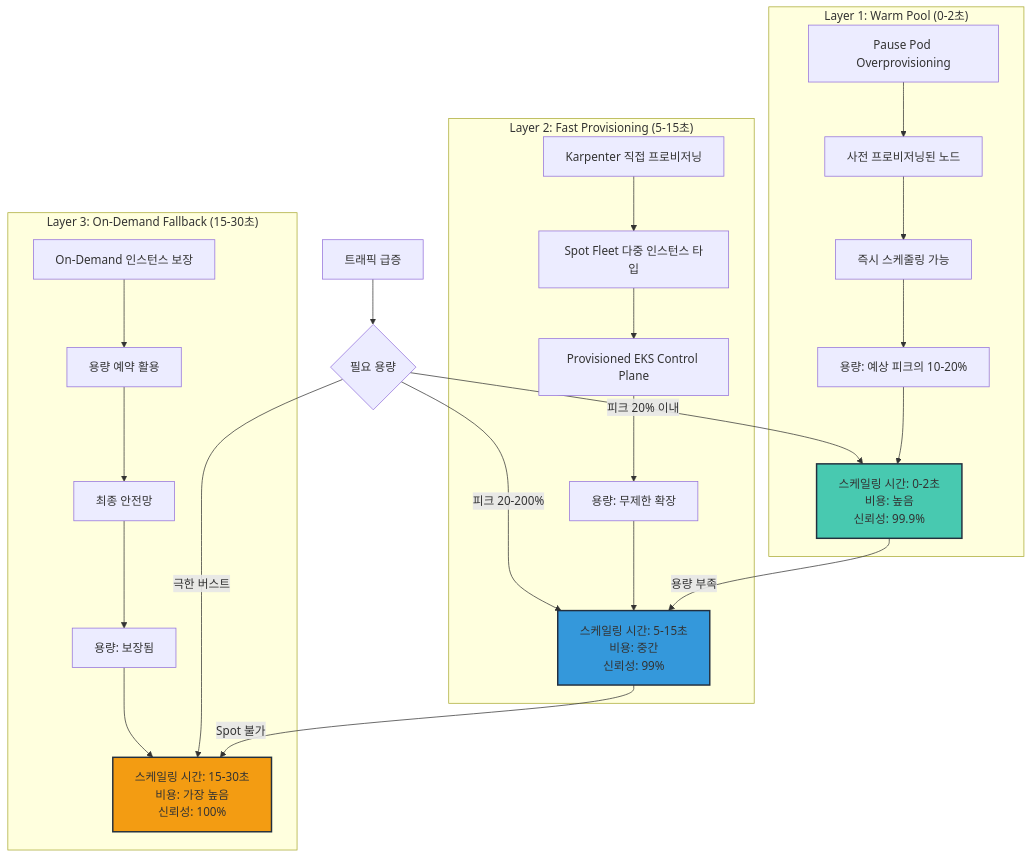
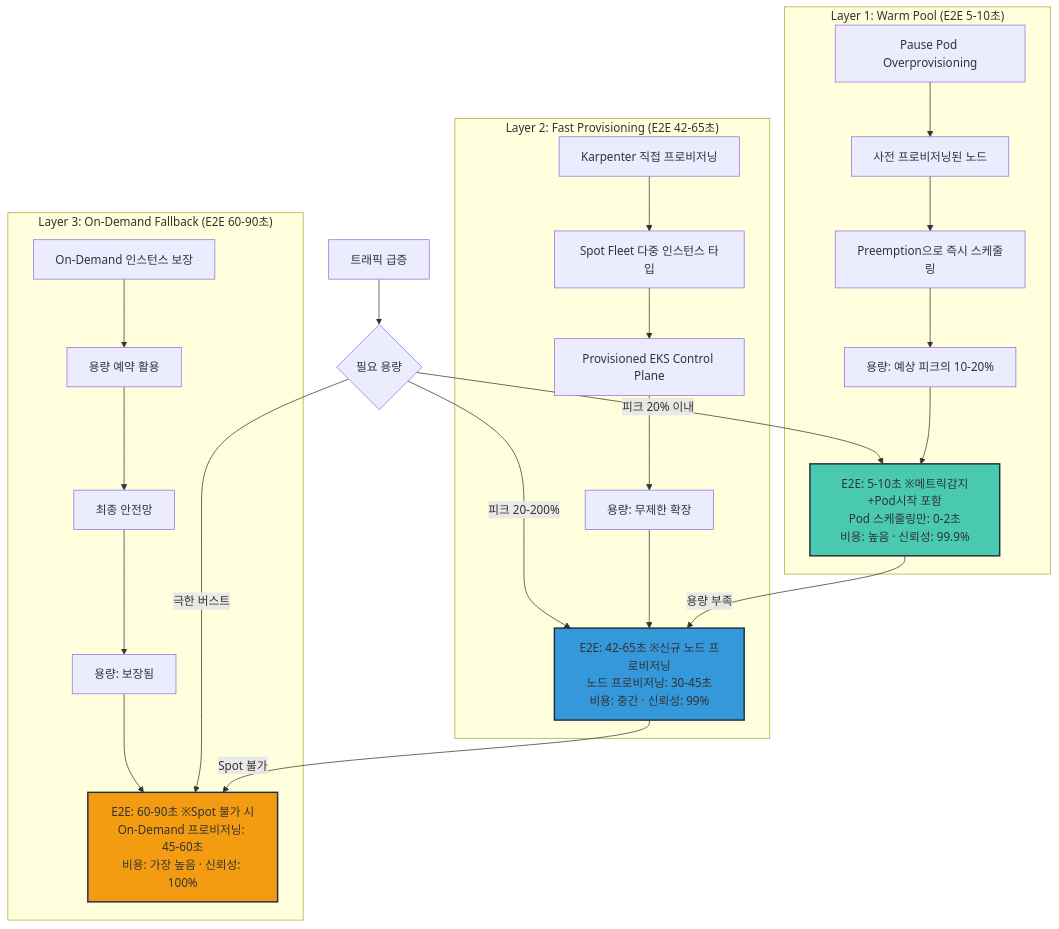
Before and after one commit to devfloor9/engineering-playbook: diagram 17 of 33 in docs/infrastructure-optimization/karpenter-autoscaling.md, drawn with Mermaid. The commit also changed other lines of this file and 43 other files, not shown here.

````diff
--- a/docs/infrastructure-optimization/karpenter-autoscaling.md
+++ b/docs/infrastructure-optimization/karpenter-autoscaling.md
@@ -826,50 +1053,50 @@
 ```mermaid
 graph TB
-    subgraph "Layer 1: Warm Pool (0-2초)"
+    subgraph "Layer 1: Warm Pool (E2E 5-10초)"
         WP1[Pause Pod Overprovisioning]
         WP2[사전 프로비저닝된 노드]
-        WP3[즉시 스케줄링 가능]
+        WP3[Preemption으로 즉시 스케줄링]
         WP4[용량: 예상 피크의 10-20%]
 
         WP1 --> WP2 --> WP3 --> WP4
 
-        WP_RESULT[스케일링 시간: 0-2초<br/>비용: 높음<br/>신뢰성: 99.9%]
+        WP_RESULT[E2E: 5-10초 ※메트릭감지+Pod시작 포함<br/>Pod 스케줄링만: 0-2초<br/>비용: 높음 · 신뢰성: 99.9%]
         WP4 --> WP_RESULT
     end
 
-    subgraph "Layer 2: Fast Provisioning (5-15초)"
+    subgraph "Layer 2: Fast Provisioning (E2E 42-65초)"
         FP1[Karpenter 직접 프로비저닝]
         FP2[Spot Fleet 다중 인스턴스 타입]
         FP3[Provisioned EKS Control Plane]
         FP4[용량: 무제한 확장]
 
         FP1 --> FP2 --> FP3 --> FP4
 
-        FP_RESULT[스케일링 시간: 5-15초<br/>비용: 중간<br/>신뢰성: 99%]
+        FP_RESULT[E2E: 42-65초 ※신규 노드 프로비저닝<br/>노드 프로비저닝: 30-45초<br/>비용: 중간 · 신뢰성: 99%]
         FP4 --> FP_RESULT
     end
 
-    subgraph "Layer 3: On-Demand Fallback (15-30초)"
+    subgraph "Layer 3: On-Demand Fallback (E2E 60-90초)"
         OD1[On-Demand 인스턴스 보장]
         OD2[용량 예약 활용]
         OD3[최종 안전망]
         OD4[용량: 보장됨]
 
         OD1 --> OD2 --> OD3 --> OD4
 
-        OD_RESULT[스케일링 시간: 15-30초<br/>비용: 가장 높음<br/>신뢰성: 100%]
+        OD_RESULT[E2E: 60-90초 ※Spot 불가 시<br/>On-Demand 프로비저닝: 45-60초<br/>비용: 가장 높음 · 신뢰성: 100%]
         OD4 --> OD_RESULT
     end
 
     TRAFFIC[트래픽 급증] --> DECISION{필요 용량}
     DECISION -->|피크 20% 이내| WP_RESULT
     DECISION -->|피크 20-200%| FP_RESULT
     DECISION -->|극한 버스트| OD_RESULT
 
     WP_RESULT -->|용량 부족| FP_RESULT
     FP_RESULT -->|Spot 불가| OD_RESULT
 
     style WP_RESULT fill:#48C9B0,stroke:#232f3e,stroke-width:2px
     style FP_RESULT fill:#3498DB,stroke:#232f3e,stroke-width:2px
     style OD_RESULT fill:#F39C12,stroke:#232f3e,stroke-width:2px
 ```
````
